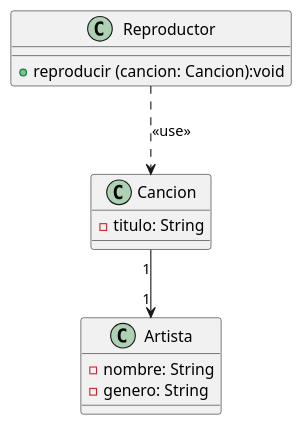
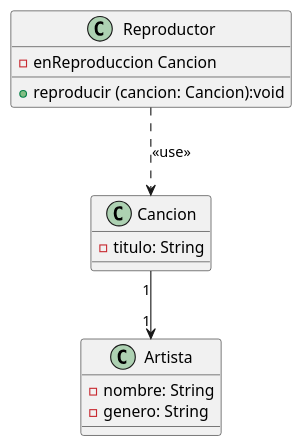
Before and after one commit to guillecampoy/tp5-UML: the diagram in docs/uml/plantuml/11-reproductor-cancion-artista.puml, drawn with PlantUML. The commit also changed 13 other files, not shown here.

Commit message:
Se ajustan archivos puml(UML) con nombres de variables, atributos faltantes

```diff
--- a/docs/uml/plantuml/11-reproductor-cancion-artista.puml
+++ b/docs/uml/plantuml/11-reproductor-cancion-artista.puml
@@ -1,20 +1,20 @@
 @startuml
 class Reproductor {
+- enReproduccion Cancion
 + reproducir (cancion: Cancion):void
-
 }
 
 class Cancion {
 -titulo: String
 
 }
 
 class Artista {
 -nombre: String
 -genero: String
 
 }
 
 Cancion "1" --> "1" Artista
 Reproductor ..> Cancion : <<use>>
 @enduml
```
